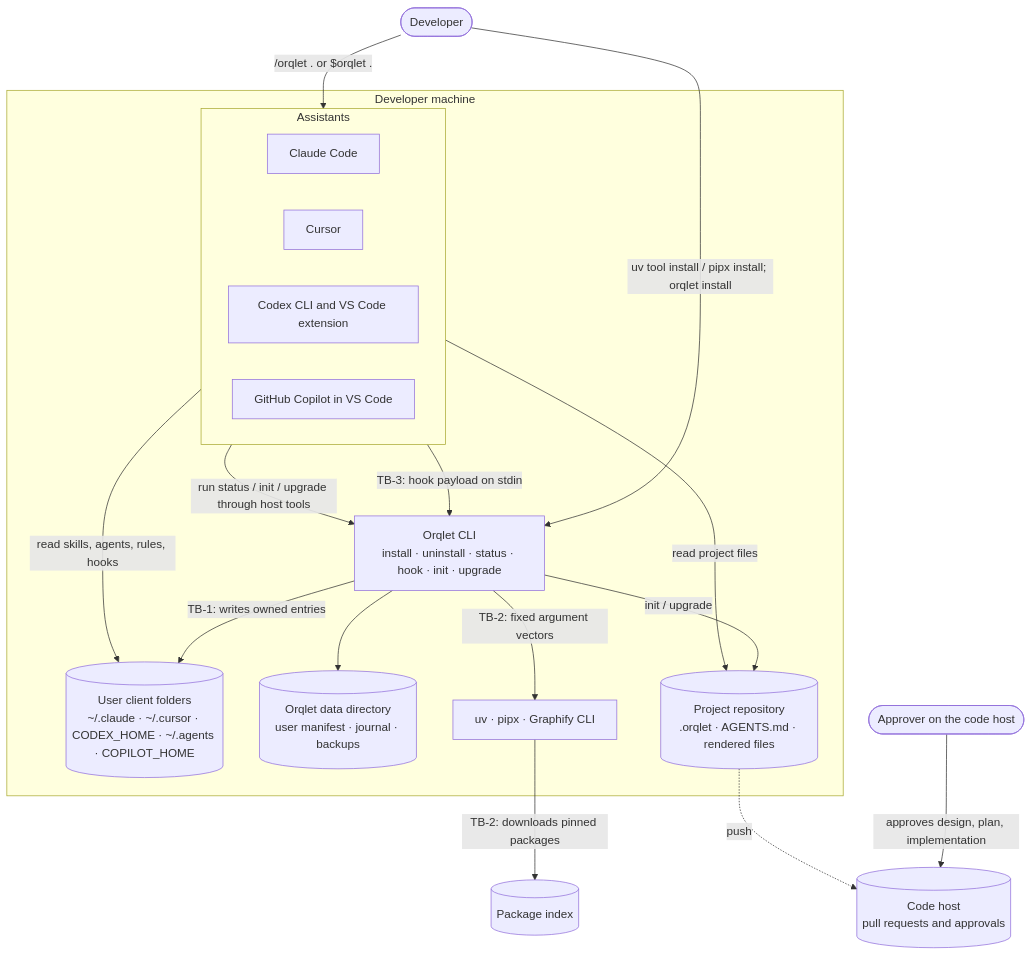
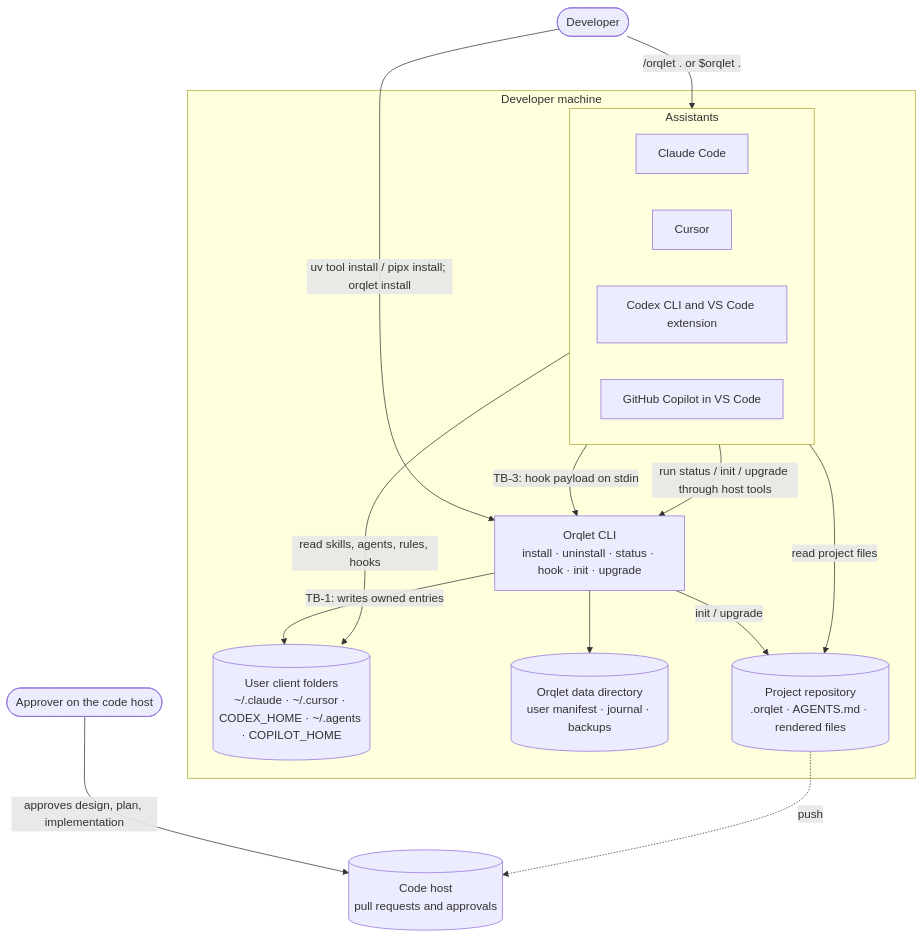
The diagram in docs/design/one-command-setup/design/context.md (tmishari/orqlet), drawn with Mermaid before and after one commit. The commit also changed other lines of this file and 21 other files, not shown here.

First line of the commit message:
Move Graphify and tool preparation out of one-command-setup (#40)

````diff
--- a/docs/design/one-command-setup/design/context.md
+++ b/docs/design/one-command-setup/design/context.md
@@ -5,34 +5,30 @@
 ```mermaid
 flowchart TB
     dev([Developer])
     approver([Approver on the code host])
     subgraph machine[Developer machine]
         orqlet[Orqlet CLI<br/>install · uninstall · status · hook · init · upgrade]
         home[(User client folders<br/>~/.claude · ~/.cursor · CODEX_HOME · ~/.agents · COPILOT_HOME)]
         data[(Orqlet data directory<br/>user manifest · journal · backups)]
         repo[(Project repository<br/>.orqlet · AGENTS.md · rendered files)]
-        tools[uv · pipx · Graphify CLI]
         subgraph clients[Assistants]
             cc[Claude Code]
             cu[Cursor]
             cx[Codex CLI and VS Code extension]
             cp[GitHub Copilot in VS Code]
         end
     end
-    index[(Package index)]
     host[(Code host<br/>pull requests and approvals)]
 
     dev -- "uv tool install / pipx install; orqlet install" --> orqlet
     dev -- "/orqlet . or $orqlet ." --> clients
     orqlet -- "TB-1: writes owned entries" --> home
     orqlet --> data
     orqlet -- "init / upgrade" --> repo
-    orqlet -- "TB-2: fixed argument vectors" --> tools
-    tools -- "TB-2: downloads pinned packages" --> index
     clients -- "read skills, agents, rules, hooks" --> home
     clients -- "read project files" --> repo
     clients -- "TB-3: hook payload on stdin" --> orqlet
     clients -- "run status / init / upgrade through host tools" --> orqlet
     approver -- "approves design, plan, implementation" --> host
     repo -. "push" .-> host
 ```
````
